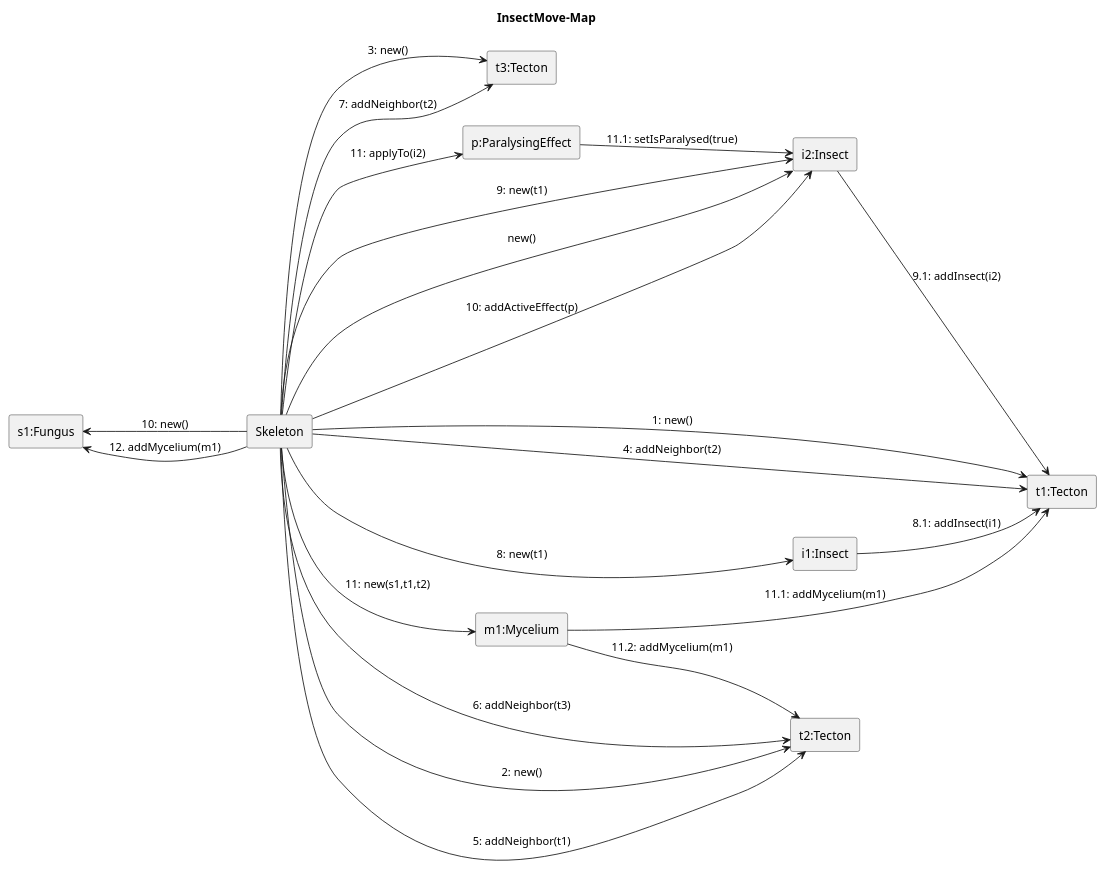
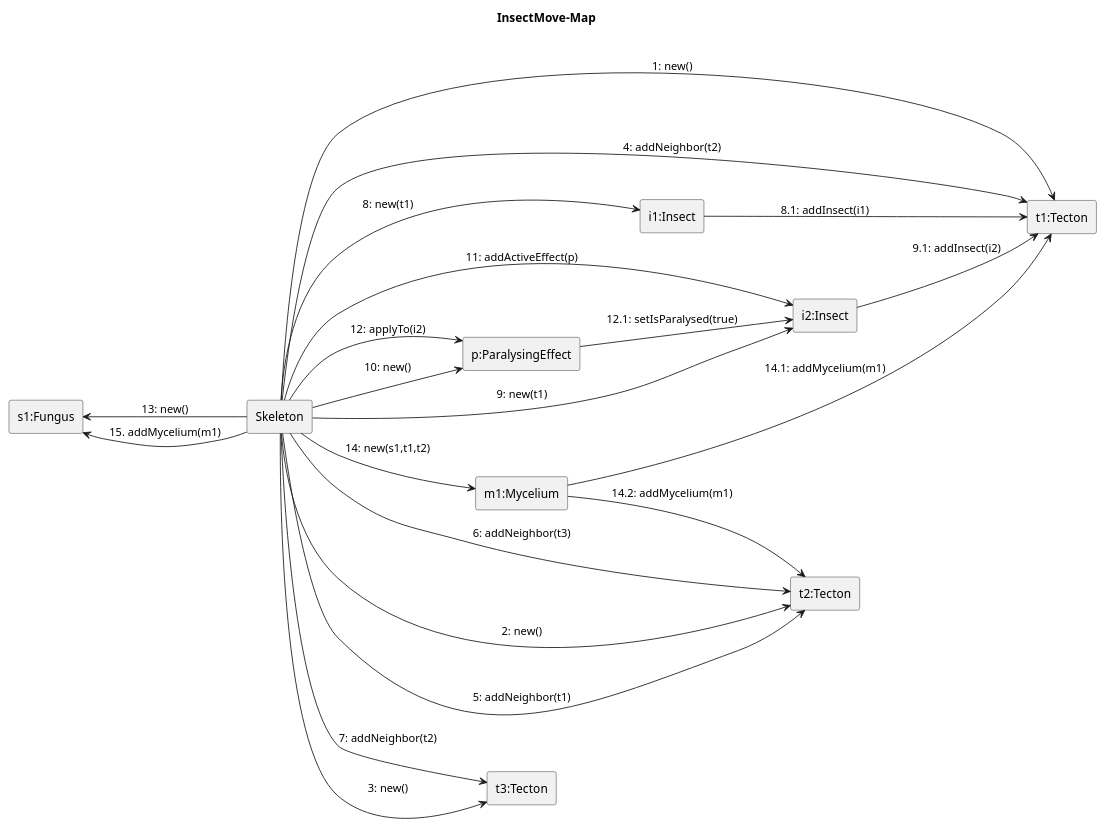
Before and after one commit to ZD4ve/projlab-error521: the diagram in Skeleton/Insect-move/map.pu, drawn with PlantUML.

Commit message:
update Insect move map

```diff
--- a/Skeleton/Insect-move/map.pu
+++ b/Skeleton/Insect-move/map.pu
@@ -1,45 +1,41 @@
 @startuml Insect-move/map 
 skinparam linestyle ortho
 left to right direction
 title InsectMove-Map
 
 rectangle Skeleton
 
 rectangle "s1:Fungus" as s1
 rectangle "m1:Mycelium" as m1
 rectangle "t1:Tecton" as t1
 rectangle "t2:Tecton" as t2
 rectangle "t3:Tecton" as t3
 rectangle "i1:Insect" as i1
-together{
-    rectangle "i2:Insect" as i2
-    rectangle "p:ParalysingEffect" as p
-}
+rectangle "i2:Insect" as i2
+rectangle "p:ParalysingEffect" as p
 
 Skeleton --> t1: 1: new()
-Skeleton -down-> t2: 2: new()
-Skeleton -up-> t3: 3: new()
+Skeleton --> t2: 2: new()
+Skeleton --> t3: 3: new()
 Skeleton --> t1: 4: addNeighbor(t2)
 Skeleton --> t2: 5: addNeighbor(t1)
 Skeleton --> t2: 6: addNeighbor(t3)
 Skeleton --> t3: 7: addNeighbor(t2)
 
 Skeleton --> i1: 8: new(t1)
 i1 --> t1 : 8.1: addInsect(i1)
 Skeleton --> i2: 9: new(t1)
 i2 --> t1 : 9.1: addInsect(i2)
-'TODO
-Skeleton --> i2: new()
-Skeleton --> i2: 10: addActiveEffect(p)
-Skeleton --> p : 11: applyTo(i2)
-p --> i2 : 11.1: setIsParalysed(true)
+Skeleton --> p: 10: new()
+Skeleton --> i2: 11: addActiveEffect(p)
+Skeleton --> p : 12: applyTo(i2)
+p --> i2 : 12.1: setIsParalysed(true)
 
-
-Skeleton -left-> s1: 10: new()
-Skeleton --> m1: 11: new(s1,t1,t2)
-m1 --> t1 : 11.1: addMycelium(m1)
-m1 --> t2 : 11.2: addMycelium(m1)
-Skeleton --> s1: 12. addMycelium(m1)
+Skeleton -left-> s1: 13: new()
+Skeleton --> m1: 14: new(s1,t1,t2)
+m1 --> t1 : 14.1: addMycelium(m1)
+m1 --> t2 : 14.2: addMycelium(m1)
+Skeleton --> s1: 15. addMycelium(m1)
 
 
 @enduml
```
